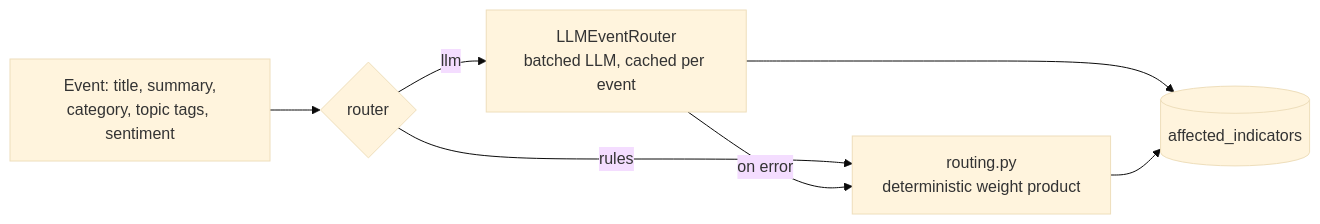
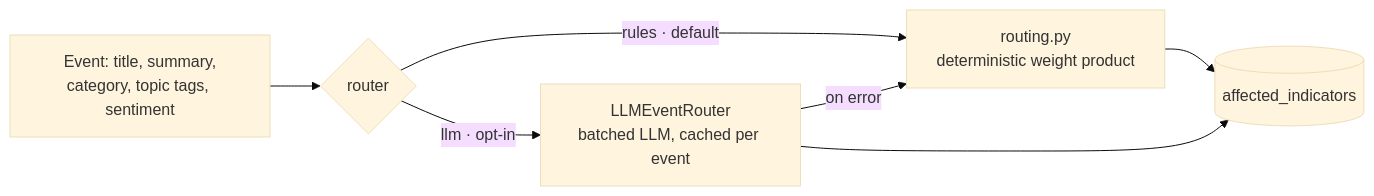
One commit to jameelhamdan/event-horizon changed the second of 3 diagrams in docs/forecasting.md. Above: the diagram before and after it, drawn with Mermaid (base theme). The commit also changed other lines of this file and 37 other files, not shown here.

````diff
--- a/docs/forecasting.md
+++ b/docs/forecasting.md
@@ -74,9 +76,9 @@
 ```mermaid
 flowchart LR
     EV[Event: title, summary,<br/>category, topic tags, sentiment] --> R{router}
-    R -->|llm| LLM[LLMEventRouter<br/>batched LLM, cached per event]
-    R -->|rules| RU[routing.py<br/>deterministic weight product]
+    R -->|rules · default| RU[routing.py<br/>deterministic weight product]
+    R -->|llm · opt-in| LLM[LLMEventRouter<br/>batched LLM, cached per event]
     LLM -->|on error| RU
     LLM --> AI[(affected_indicators)]
     RU --> AI
 ```
````
